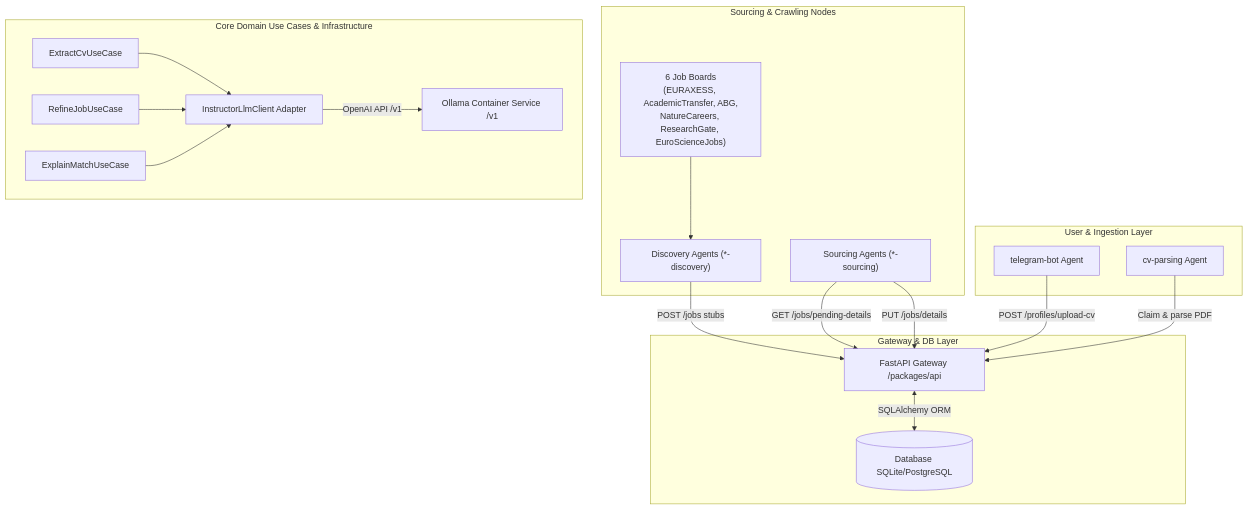
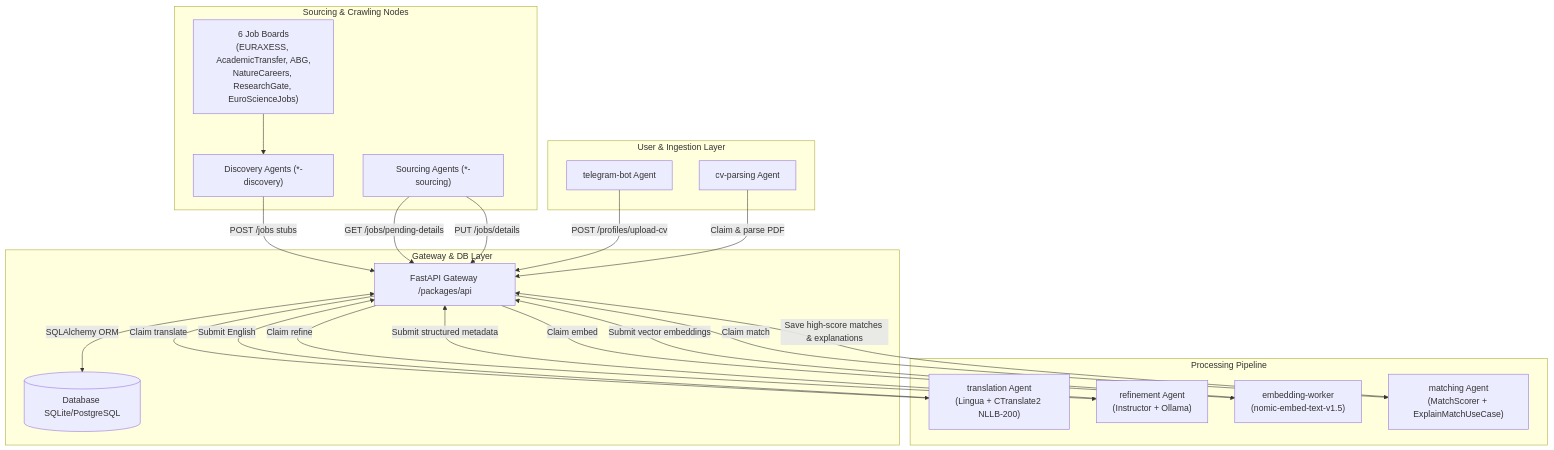
One commit to drLacheheb/academix changed the diagram in README.md. Above: the diagram before and after it, drawn with Mermaid. The commit also changed other lines of this file, not shown here.

Commit message:
docs: update README with merged translation agent, pytest suite, and full-scroll discovery architecture

````diff
--- a/README.md
+++ b/README.md
@@ -183,41 +188,47 @@
 ```mermaid
 graph TD
     subgraph Sourcing & Crawling Nodes
         Sources["6 Job Boards<br/>(EURAXESS, AcademicTransfer, ABG,<br/>NatureCareers, ResearchGate, EuroScienceJobs)"]
         Disc["Discovery Agents (*-discovery)"]
         Sourc["Sourcing Agents (*-sourcing)"]
     end
 
     subgraph User & Ingestion Layer
         TG[telegram-bot Agent]
         CV[cv-parsing Agent]
     end
 
     subgraph Gateway & DB Layer
         API[FastAPI Gateway /packages/api]
         DB[(Database SQLite/PostgreSQL)]
     end
 
-    subgraph Core Domain Use Cases & Infrastructure
-        ExtractCV[ExtractCvUseCase]
-        RefineJob[RefineJobUseCase]
-        ExplainMatch[ExplainMatchUseCase]
-        InstructorClient[InstructorLlmClient Adapter]
-        Ollama[Ollama Container Service /v1]
+    subgraph Processing Pipeline
+        Trans["translation Agent<br/>(Lingua + CTranslate2 NLLB-200)"]
+        Refine["refinement Agent<br/>(Instructor + Ollama)"]
+        Embed["embedding-worker<br/>(nomic-embed-text-v1.5)"]
+        Match["matching Agent<br/>(MatchScorer + ExplainMatchUseCase)"]
     end
 
     Sources --> Disc
     Disc -->|POST /jobs stubs| API
     Sourc -->|GET /jobs/pending-details| API
     Sourc -->|PUT /jobs/details| API
 
     TG -->|POST /profiles/upload-cv| API
     CV -->|Claim & parse PDF| API
 
-    ExtractCV --> InstructorClient
-    RefineJob --> InstructorClient
-    ExplainMatch --> InstructorClient
-    InstructorClient -->|OpenAI API /v1| Ollama
+    API -->|Claim translate| Trans
+    Trans -->|Submit English| API
+
+    API -->|Claim refine| Refine
+    Refine -->|Submit structured metadata| API
+
+    API -->|Claim embed| Embed
+    Embed -->|Submit vector embeddings| API
+
+    API -->|Claim match| Match
+    Match -->|Save high-score matches & explanations| API
 
     API <-->|SQLAlchemy ORM| DB
 ```
````
